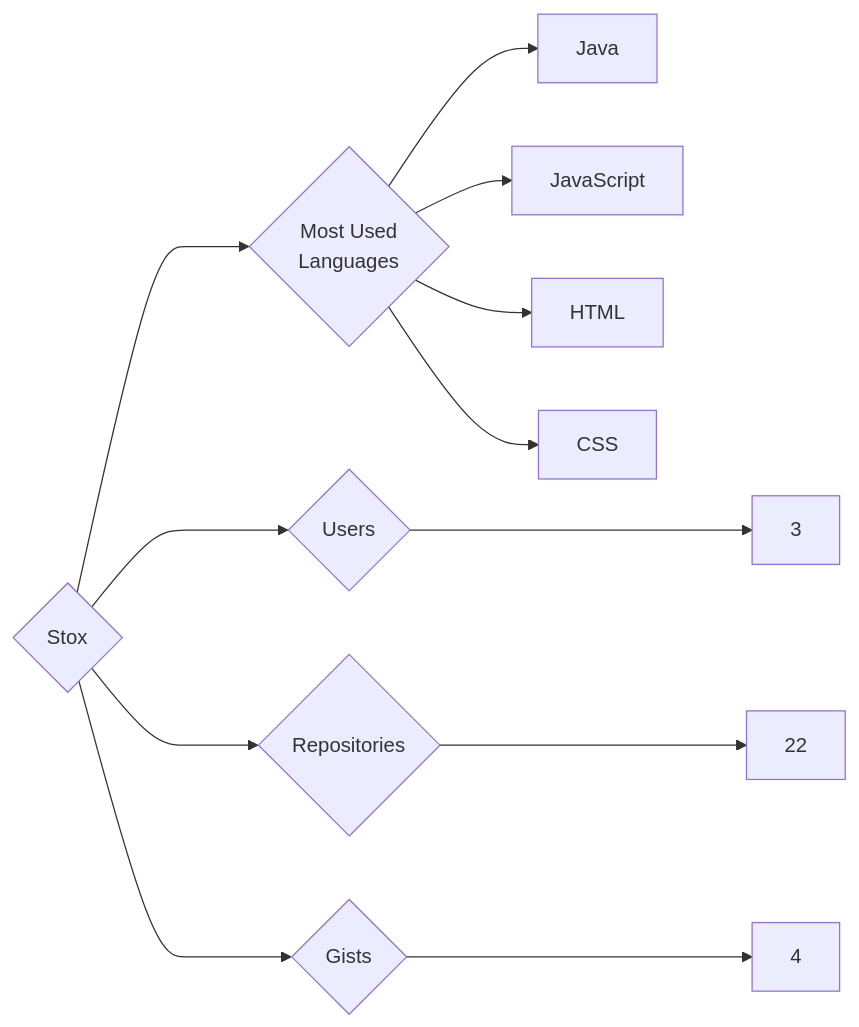
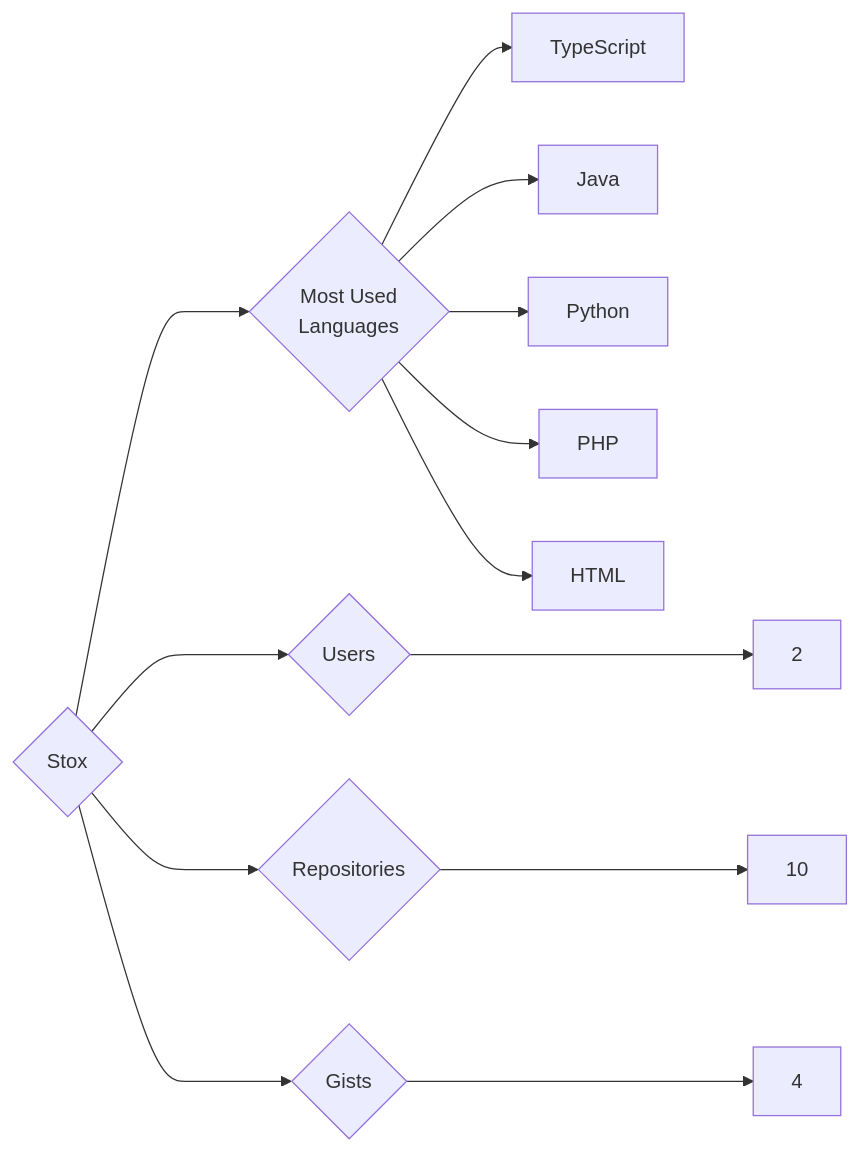
The diagram in targets/Stox/README.md (trickest/insiders), drawn with Mermaid before and after one commit. The commit also changed 948 other files, not shown here.

````diff
--- a/targets/Stox/README.md
+++ b/targets/Stox/README.md
@@ -3,12 +3,13 @@
 ```mermaid
 graph LR
 COMPANY_NAME{Stox}
-COMPANY_NAME ---> U{Users} ---> UN[3]
-COMPANY_NAME ---> R{Repositories} ---> RN[22]
+COMPANY_NAME ---> U{Users} ---> UN[2]
+COMPANY_NAME ---> R{Repositories} ---> RN[10]
 COMPANY_NAME ---> G{Gists} ---> GN[4]
 COMPANY_NAME ---> ML{Most Used<br>Languages}
+ML --> TypeScript[TypeScript]
 ML --> Java[Java]
-ML --> JavaScript[JavaScript]
+ML --> Python[Python]
+ML --> PHP[PHP]
 ML --> HTML[HTML]
-ML --> CSS[CSS]
 ```
````
